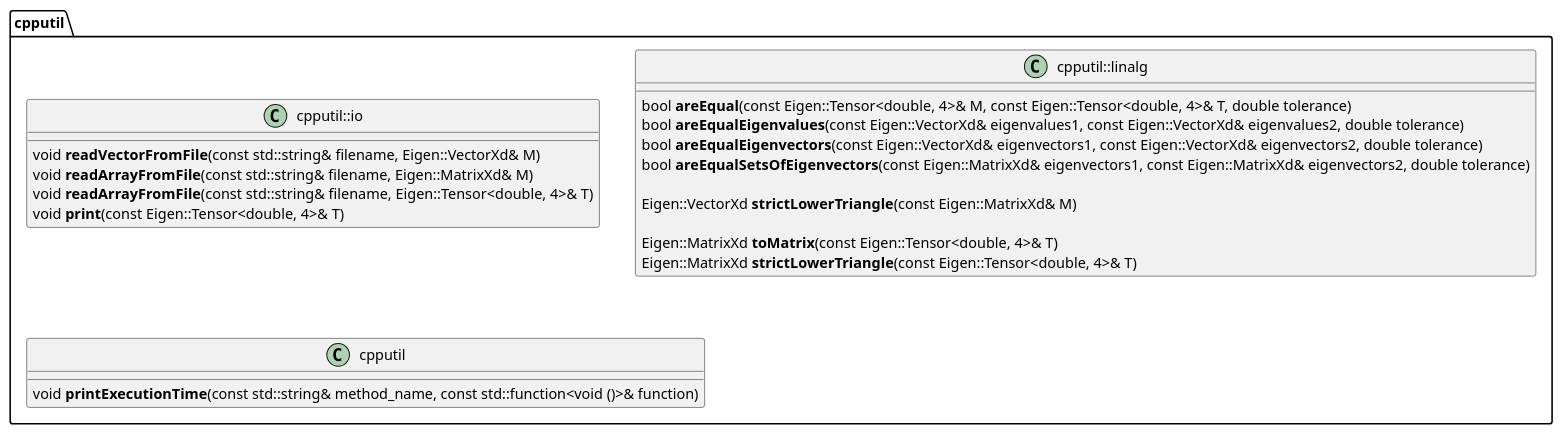
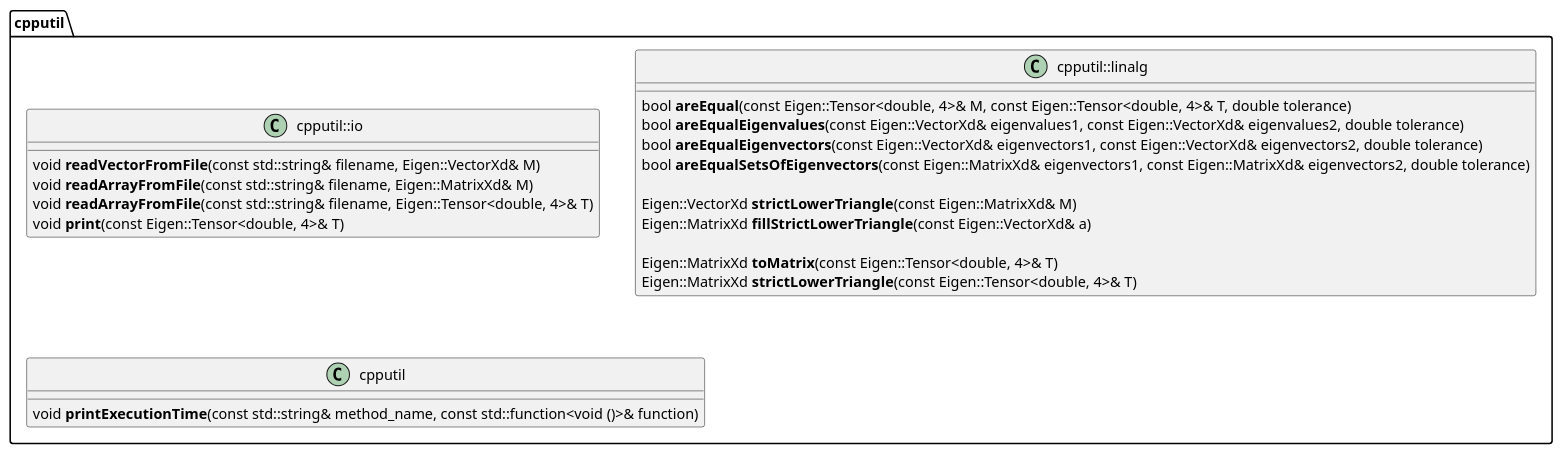
Before and after one commit to matt-chan/cpputil: the diagram in docs/cpputil.puml, drawn with PlantUML. The commit also changed 4 other files, not shown here.

Commit message:
Implement fillStrictLowerTriangle.

```diff
--- a/docs/cpputil.puml
+++ b/docs/cpputil.puml
@@ -1,31 +1,32 @@
 @startuml
 
 
 namespace cpputil {
 
     class cpputil::io {
         void **readVectorFromFile**(const std::string& filename, Eigen::VectorXd& M)
         void **readArrayFromFile**(const std::string& filename, Eigen::MatrixXd& M)
         void **readArrayFromFile**(const std::string& filename, Eigen::Tensor<double, 4>& T)
         void **print**(const Eigen::Tensor<double, 4>& T)
     }
 
     class cpputil::linalg {
         bool **areEqual**(const Eigen::Tensor<double, 4>& M, const Eigen::Tensor<double, 4>& T, double tolerance)
         bool **areEqualEigenvalues**(const Eigen::VectorXd& eigenvalues1, const Eigen::VectorXd& eigenvalues2, double tolerance)
         bool **areEqualEigenvectors**(const Eigen::VectorXd& eigenvectors1, const Eigen::VectorXd& eigenvectors2, double tolerance)
         bool **areEqualSetsOfEigenvectors**(const Eigen::MatrixXd& eigenvectors1, const Eigen::MatrixXd& eigenvectors2, double tolerance)
 
         Eigen::VectorXd **strictLowerTriangle**(const Eigen::MatrixXd& M)
+        Eigen::MatrixXd **fillStrictLowerTriangle**(const Eigen::VectorXd& a)
 
         Eigen::MatrixXd **toMatrix**(const Eigen::Tensor<double, 4>& T)
         Eigen::MatrixXd **strictLowerTriangle**(const Eigen::Tensor<double, 4>& T)
     }
 
     class cpputil {
         void **printExecutionTime**(const std::string& method_name, const std::function<void ()>& function)
     }
 
 }
 
 @enduml
```
